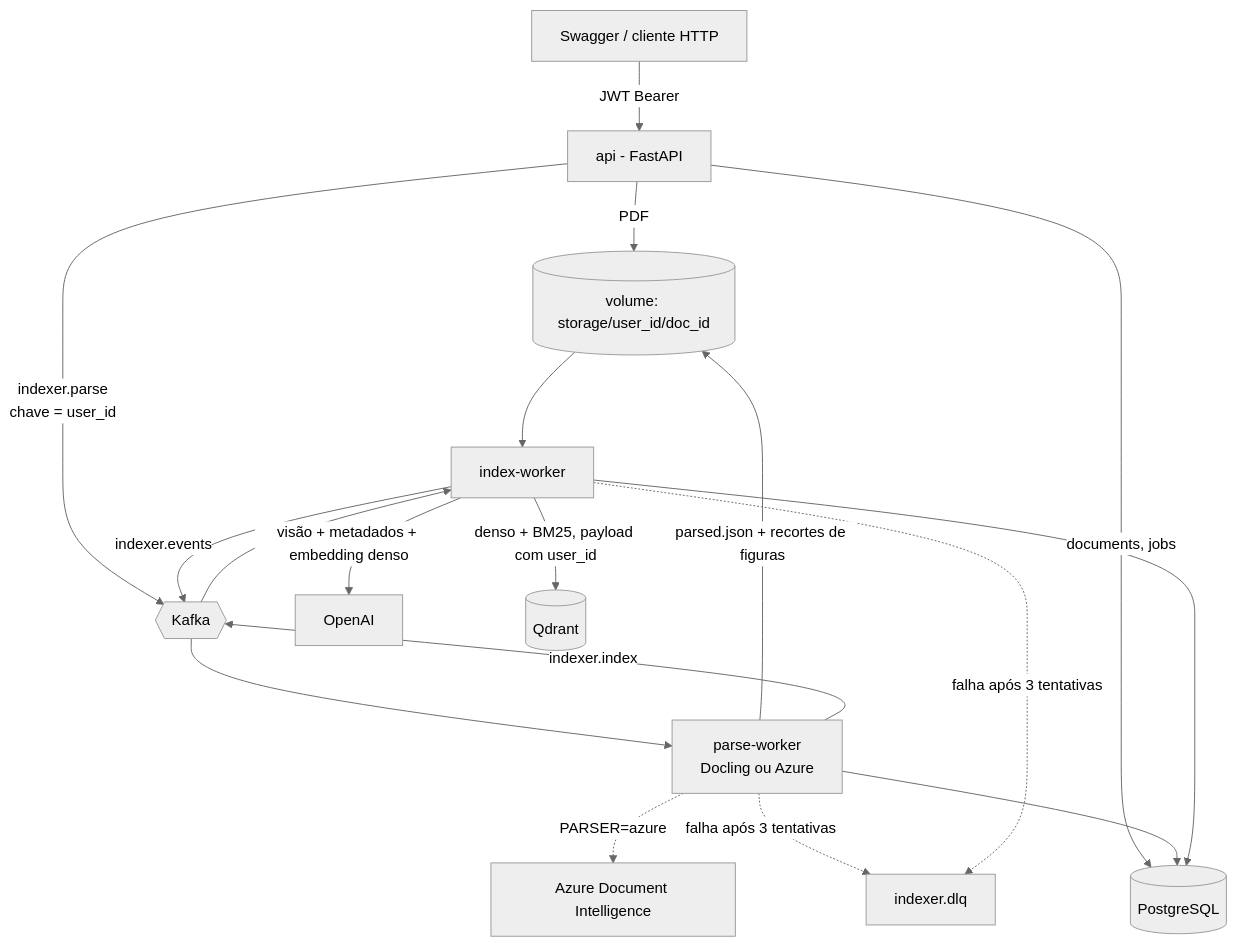
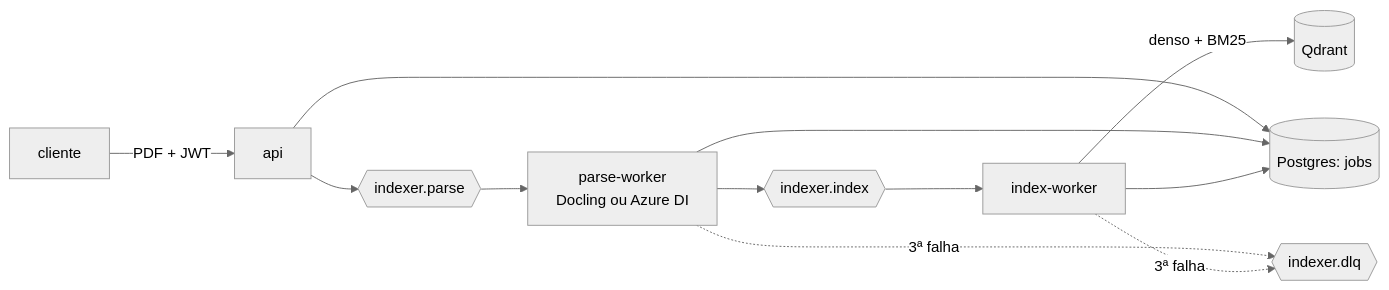
Before and after one commit to proscholdt/MultAgent_AnaliseDocumental: the diagram in indexer/README.md, drawn with Mermaid (neutral theme). The commit also changed other lines of this file and 9 other files, not shown here.

````diff
--- a/indexer/README.md
+++ b/indexer/README.md
@@ -19,20 +7,9 @@
 ```mermaid
-flowchart TD
-    C[Swagger / cliente HTTP] -->|JWT Bearer| API[api - FastAPI]
-    API -->|PDF| VOL[(volume: storage/user_id/doc_id)]
-    API -->|documents, jobs| PG[(PostgreSQL)]
-    API -->|indexer.parse<br/>chave = user_id| K{{Kafka}}
-    K --> PW[parse-worker<br/>Docling ou Azure]
-    PW -. PARSER=azure .-> ADI[Azure Document Intelligence]
-    PW -->|parsed.json + recortes de figuras| VOL
-    PW -->|indexer.index| K
-    K --> IW[index-worker]
-    VOL --> IW
-    IW -->|visão + metadados + embedding denso| OAI[OpenAI]
-    IW -->|denso + BM25, payload com user_id| Q[(Qdrant)]
-    IW -->|indexer.events| K
-    PW -. falha após 3 tentativas .-> DLQ[indexer.dlq]
-    IW -. falha após 3 tentativas .-> DLQ
-    PW --> PG
-    IW --> PG
+flowchart LR
+    C[cliente] -->|PDF + JWT| API[api]
+    API --> K1{{indexer.parse}} --> PW[parse-worker<br/>Docling ou Azure DI]
+    PW --> K2{{indexer.index}} --> IW[index-worker]
+    IW -->|denso + BM25| Q[(Qdrant)]
+    API & PW & IW --> PG[(Postgres: jobs)]
+    PW & IW -. 3ª falha .-> DLQ{{indexer.dlq}}
 ```
````
